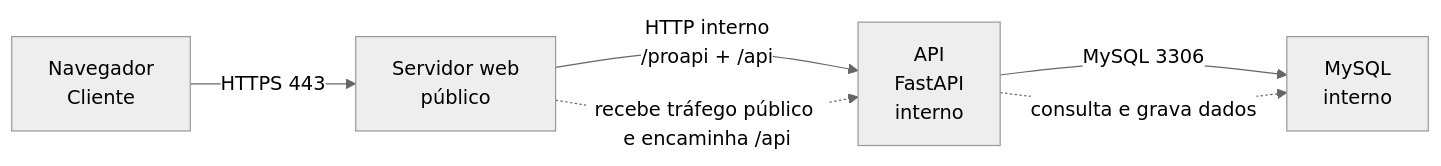
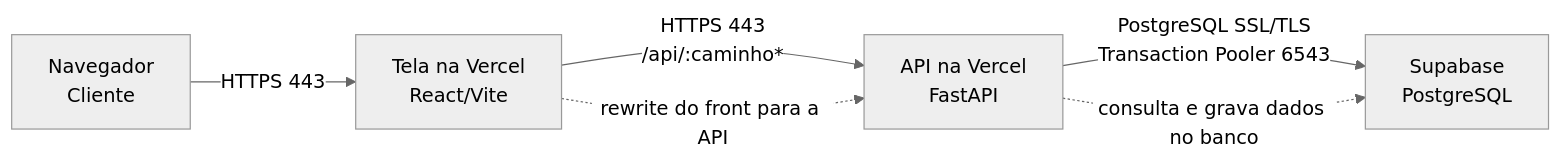
One commit to kristianps/Tatuador-e-Cliente changed the diagram in .docs/infra.md. Above: the diagram before and after it, drawn with Mermaid (neutral theme). The commit also changed other lines of this file and 12 other files, not shown here.

Commit message:
Atualiza a arquitetura do projeto para suportar a produção na Vercel com PostgreSQL, ajustando a configuração do ambiente e a estrutura de arquivos. Adiciona regras para a API e a tela, e implementa o uso do Transaction Pooler do Supabase.

````diff
--- a/.docs/infra.md
+++ b/.docs/infra.md
@@ -5,9 +5,9 @@
 ```mermaid
 flowchart LR
-    usuario["Navegador\nCliente"] -->|HTTPS 443| web["Servidor web\npúblico"]
-    web -->|HTTP interno\n/proapi + /api| api["API\nFastAPI\ninterno"]
-    api -->|MySQL 3306| db["MySQL\ninterno"]
+    usuario["Navegador\nCliente"] -->|HTTPS 443| tela["Tela na Vercel\nReact/Vite"]
+    tela -->|HTTPS 443\n/api/:caminho*| api["API na Vercel\nFastAPI"]
+    api -->|PostgreSQL SSL/TLS\nTransaction Pooler 6543| supabase["Supabase\nPostgreSQL"]
 
-    web -. "recebe tráfego público e encaminha /api" .-> api
-    api -. "consulta e grava dados" .-> db
+    tela -. "rewrite do front para a API" .-> api
+    api -. "consulta e grava dados no banco" .-> supabase
 ```
````
